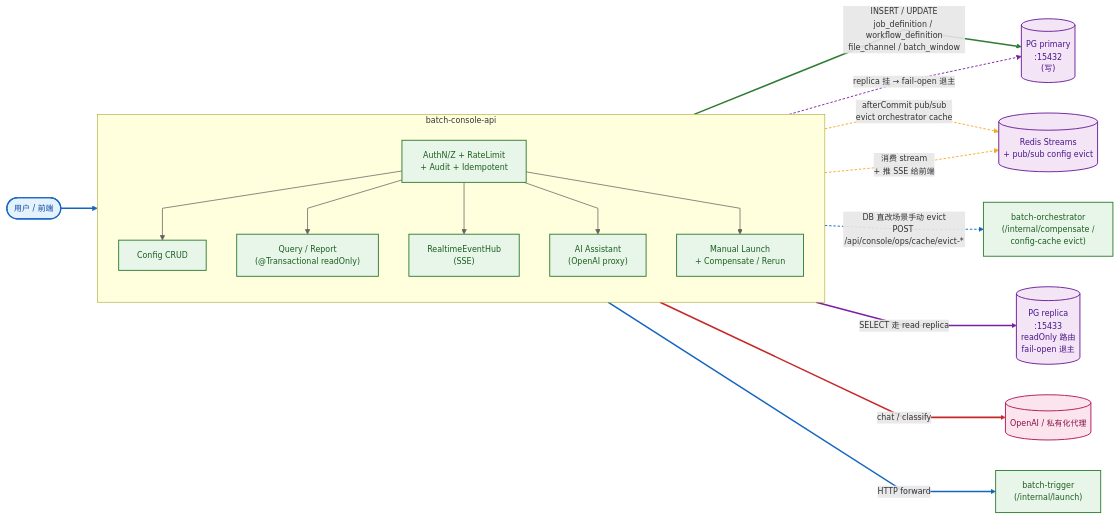
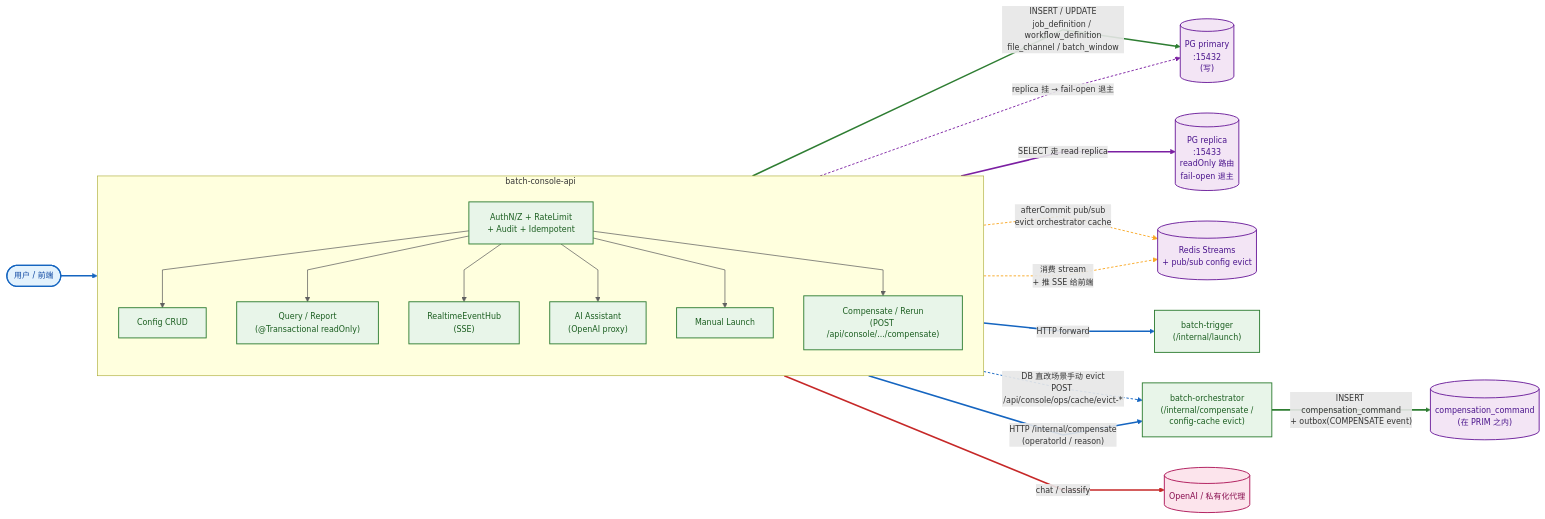
Before and after one commit to pinpols/file-batch-system: the second of 15 diagrams in docs/architecture/system-flow-overview.md, drawn with Mermaid. The commit also changed other lines of this file, not shown here.

First line of the commit message:
docs(arch): 主图加 DLQ + BFF 加补偿支线 + 新加 §1.6 观测栈 + §1.7 Workflow DAG

````diff
--- a/docs/architecture/system-flow-overview.md
+++ b/docs/architecture/system-flow-overview.md
@@ -150,65 +161,74 @@
 ```mermaid
 %%{init: {'flowchart': {'curve': 'linear', 'nodeSpacing': 50, 'rankSpacing': 60, 'htmlLabels': true}, 'themeVariables': {'fontSize': '13px'}}}%%
 flowchart LR
   USER([用户 / 前端]):::user
 
   subgraph BFF ["batch-console-api"]
     direction TB
     AUTH["AuthN/Z + RateLimit<br/>+ Audit + Idempotent"]:::svc
     CFG[Config CRUD]:::svc
     QRY["Query / Report<br/>(@Transactional readOnly)"]:::svc
     SSE["RealtimeEventHub<br/>(SSE)"]:::svc
     AI["AI Assistant<br/>(OpenAI proxy)"]:::svc
-    LAUNCH["Manual Launch<br/>+ Compensate / Rerun"]:::svc
+    LAUNCH[Manual Launch]:::svc
+    COMP["Compensate / Rerun<br/>(POST /api/console/.../compensate)"]:::svc
   end
 
   PRIM[("PG primary<br/>:15432<br/>(写)")]:::store
   REPL[("PG replica<br/>:15433<br/>readOnly 路由<br/>fail-open 退主")]:::store
   REDIS[("Redis Streams<br/>+ pub/sub config evict")]:::store
+  COMPDB[("compensation_command<br/>(在 PRIM 之内)")]:::store
   TRG["batch-trigger<br/>(/internal/launch)"]:::svc
   ORCH["batch-orchestrator<br/>(/internal/compensate /<br/>config-cache evict)"]:::svc
   OPENAI[(OpenAI / 私有化代理)]:::extern
 
   USER ==> AUTH
   AUTH --> CFG
   AUTH --> QRY
   AUTH --> SSE
   AUTH --> AI
   AUTH --> LAUNCH
+  AUTH --> COMP
 
   CFG    ==>|"INSERT / UPDATE<br/>job_definition / workflow_definition<br/>file_channel / batch_window"| PRIM
   CFG    -.->|"afterCommit pub/sub<br/>evict orchestrator cache"| REDIS
   CFG    -.->|"DB 直改场景手动 evict<br/>POST /api/console/ops/cache/evict-*"| ORCH
   QRY    ==>|"SELECT 走 read replica"| REPL
   QRY    -.->|"replica 挂 → fail-open 退主"| PRIM
   SSE    -.->|"消费 stream<br/>+ 推 SSE 给前端"| REDIS
   AI     ==>|"chat / classify"| OPENAI
   LAUNCH ==>|"HTTP forward"| TRG
+  COMP   ==>|"HTTP /internal/compensate<br/>(operatorId / reason)"| ORCH
+  ORCH   ==>|"INSERT compensation_command<br/>+ outbox(COMPENSATE event)"| COMPDB
 
   %% ─── 边按协议着色（与主图同套色编码，下标从 0 起） ─────────
   %%   0     USER → AUTH（蓝 = HTTP 入站）
   linkStyle 0 stroke:#1565c0,stroke-width:2.5px
-  %%   1..5  AUTH → 5 个 handler（灰细 = 内部路由）
-  linkStyle 1,2,3,4,5 stroke:#616161,stroke-width:1.2px
-  %%   6     CFG → PRIM 写（绿）
-  linkStyle 6 stroke:#2e7d32,stroke-width:2.5px
-  %%   7     CFG → REDIS pub/sub evict（黄虚 = 控制信号）
-  linkStyle 7 stroke:#f9a825,stroke-width:1.5px,stroke-dasharray:4 3
-  %%   8     CFG → ORCH 手动 evict（蓝虚 = HTTP 控制）
-  linkStyle 8 stroke:#1565c0,stroke-width:1.5px,stroke-dasharray:4 3
-  %%   9     QRY → REPL 读（紫）
-  linkStyle 9 stroke:#7b1fa2,stroke-width:2.5px
-  %%   10    QRY → PRIM fail-open 退主（紫虚 = 降级控制）
-  linkStyle 10 stroke:#7b1fa2,stroke-width:1.5px,stroke-dasharray:4 3
-  %%   11    SSE → REDIS Streams（黄虚 = Redis pub/sub）
-  linkStyle 11 stroke:#f9a825,stroke-width:1.5px,stroke-dasharray:4 3
-  %%   12    AI → OpenAI（红 = 外部副作用）
-  linkStyle 12 stroke:#c62828,stroke-width:2.5px
-  %%   13    LAUNCH → TRG（蓝 = HTTP 同步）
-  linkStyle 13 stroke:#1565c0,stroke-width:2.5px
+  %%   1..6  AUTH → 6 个 handler（灰细 = 内部路由）
+  linkStyle 1,2,3,4,5,6 stroke:#616161,stroke-width:1.2px
+  %%   7     CFG → PRIM 写（绿）
+  linkStyle 7 stroke:#2e7d32,stroke-width:2.5px
+  %%   8     CFG → REDIS pub/sub evict（黄虚 = 控制信号）
+  linkStyle 8 stroke:#f9a825,stroke-width:1.5px,stroke-dasharray:4 3
+  %%   9     CFG → ORCH 手动 evict（蓝虚 = HTTP 控制）
+  linkStyle 9 stroke:#1565c0,stroke-width:1.5px,stroke-dasharray:4 3
+  %%   10    QRY → REPL 读（紫）
+  linkStyle 10 stroke:#7b1fa2,stroke-width:2.5px
+  %%   11    QRY → PRIM fail-open 退主（紫虚 = 降级控制）
+  linkStyle 11 stroke:#7b1fa2,stroke-width:1.5px,stroke-dasharray:4 3
+  %%   12    SSE → REDIS Streams（黄虚 = Redis pub/sub）
+  linkStyle 12 stroke:#f9a825,stroke-width:1.5px,stroke-dasharray:4 3
+  %%   13    AI → OpenAI（红 = 外部副作用）
+  linkStyle 13 stroke:#c62828,stroke-width:2.5px
+  %%   14    LAUNCH → TRG（蓝 = HTTP 同步）
+  linkStyle 14 stroke:#1565c0,stroke-width:2.5px
+  %%   15    COMP → ORCH 补偿（蓝 = HTTP 同步）
+  linkStyle 15 stroke:#1565c0,stroke-width:2.5px
+  %%   16    ORCH → compensation_command 落库（绿 = JDBC 写）
+  linkStyle 16 stroke:#2e7d32,stroke-width:2.5px
 
   classDef user    fill:#e3f2fd,stroke:#1565c0,stroke-width:2px,color:#0d47a1;
   classDef svc     fill:#e8f5e9,stroke:#2e7d32,stroke-width:1.5px,color:#1b5e20;
   classDef store   fill:#f3e5f5,stroke:#6a1b9a,stroke-width:1.5px,color:#4a148c;
   classDef extern  fill:#fce4ec,stroke:#ad1457,stroke-width:1.5px,color:#880e4f;
 ```
````
